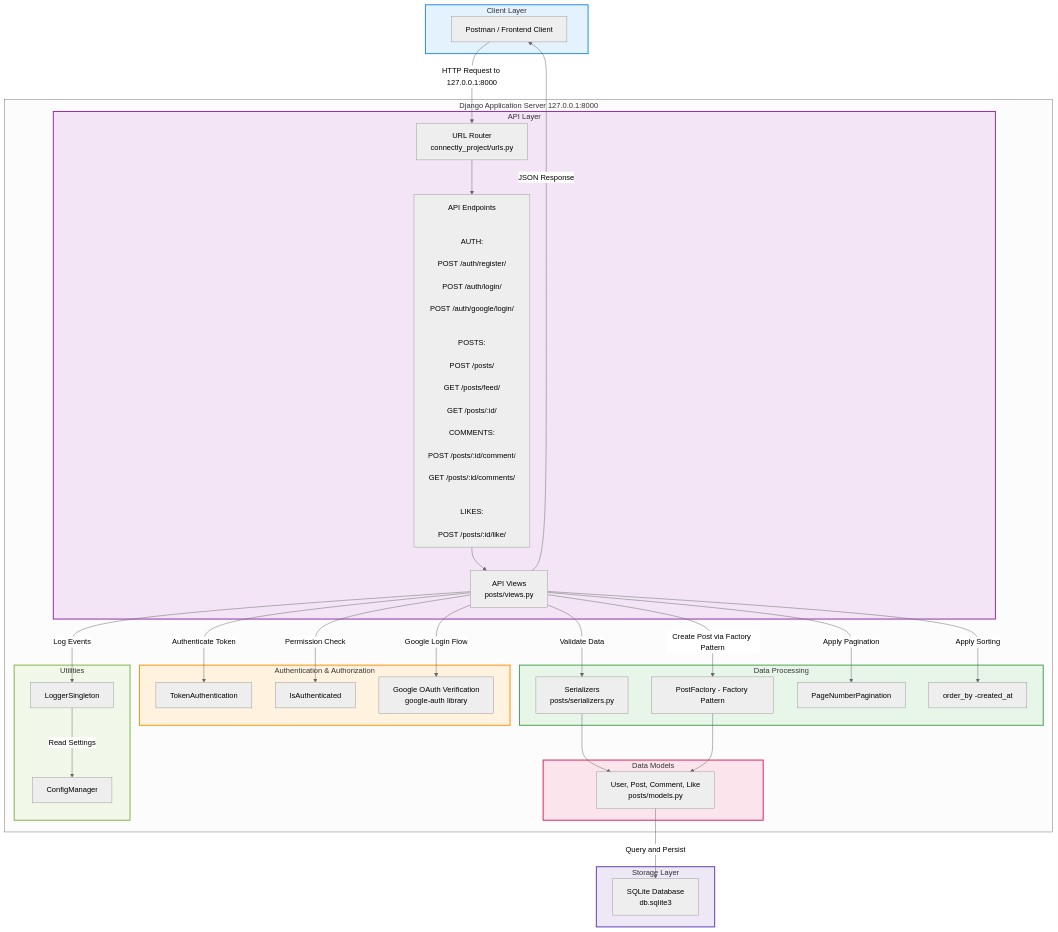
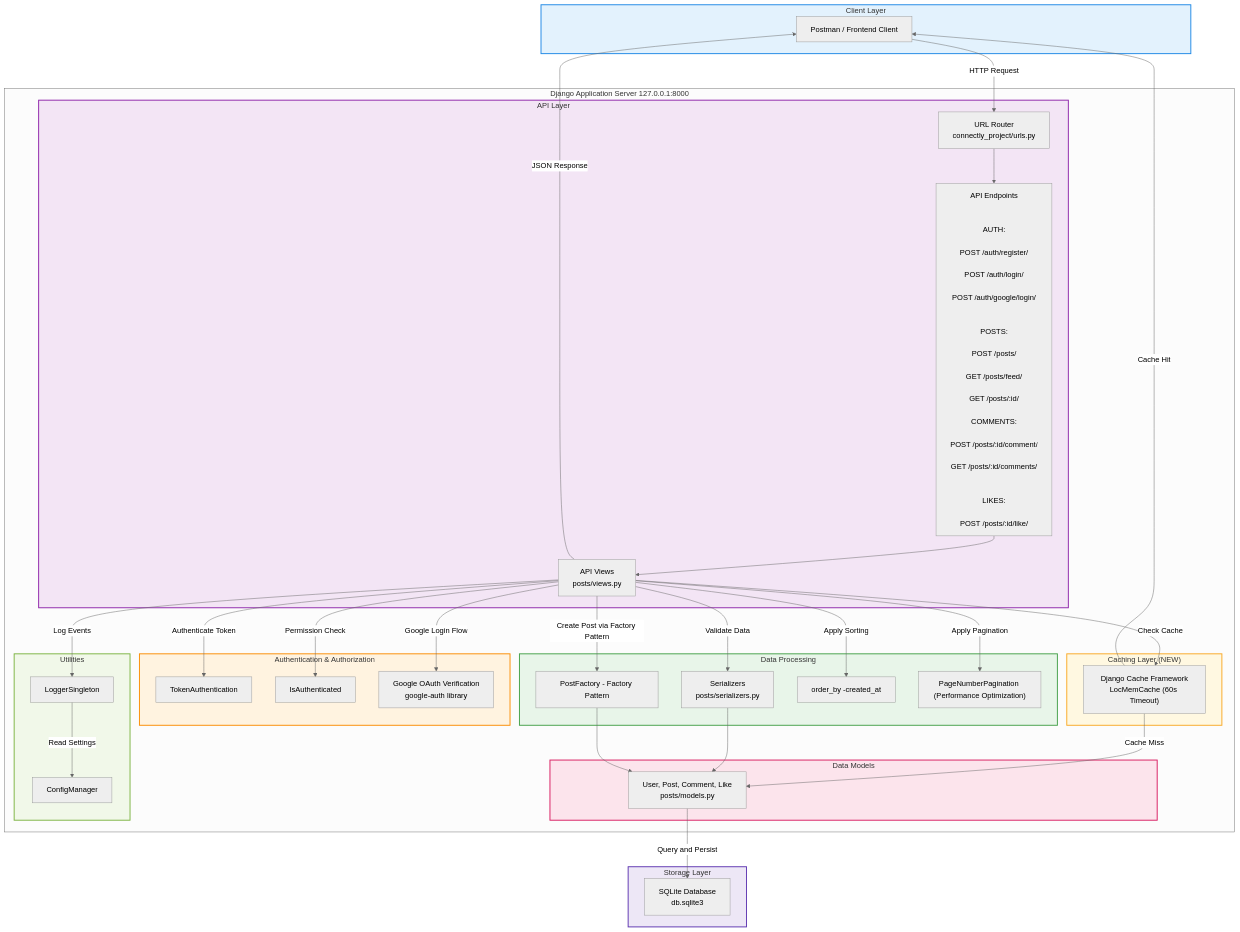
Before and after one commit to Mihoqr/connectly-rest-api: the third of 5 diagrams in README.md, drawn with Mermaid (neutral theme). The commit also changed other lines of this file, not shown here.

Commit message:
Update README with caching and pagination details

```diff
--- a/README.md
+++ b/README.md
@@ -368,8 +361,13 @@
     subgraph Processing["Data Processing"]
         Serializers["Serializers<br/>posts/serializers.py"]
         Factory["PostFactory - Factory Pattern"]
-        Pagination["PageNumberPagination"]
         Sorting["order_by -created_at"]
+        Pagination["PageNumberPagination (Performance Optimization)"]
+    end
+
+    %% CACHE LAYER (NEW)
+    subgraph Cache["Caching Layer (NEW)"]
+        CacheSystem["Django Cache Framework<br/>LocMemCache (60s Timeout)"]
     end
 
     %% MODELS
@@ -392,13 +390,18 @@
 
 
 %% ================= FLOW =================
-ClientApp -->|HTTP Request to 127.0.0.1:8000| Router
+ClientApp -->|HTTP Request| Router
 Router --> Endpoints
 Endpoints --> Views
 
 Views -->|Authenticate Token| TokenAuth
 Views -->|Permission Check| PermissionCheck
 Views -->|Google Login Flow| GoogleOAuth
+
+%% PERFORMANCE FLOW
+Views -->|Check Cache| CacheSystem
+CacheSystem -->|Cache Hit| ClientApp
+CacheSystem -->|Cache Miss| ModelLayer
 
 Views -->|Validate Data| Serializers
 Views -->|Create Post via Factory Pattern| Factory
@@ -420,6 +423,7 @@
 style API fill:#f3e5f5,stroke:#8e24aa,stroke-width:2px
 style Auth fill:#fff3e0,stroke:#fb8c00,stroke-width:2px
 style Processing fill:#e8f5e9,stroke:#43a047,stroke-width:2px
+style Cache fill:#fff8e1,stroke:#f9a825,stroke-width:2px
 style Models fill:#fce4ec,stroke:#d81b60,stroke-width:2px
 style Utils fill:#f1f8e9,stroke:#7cb342,stroke-width:2px
 style Storage fill:#ede7f6,stroke:#5e35b1,stroke-width:2px
```
